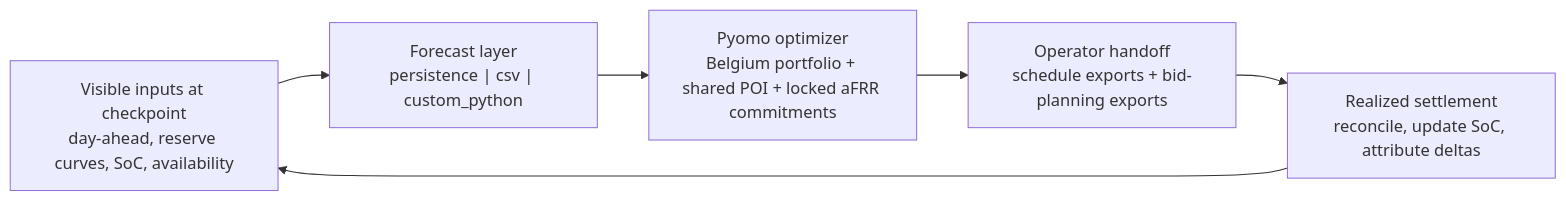
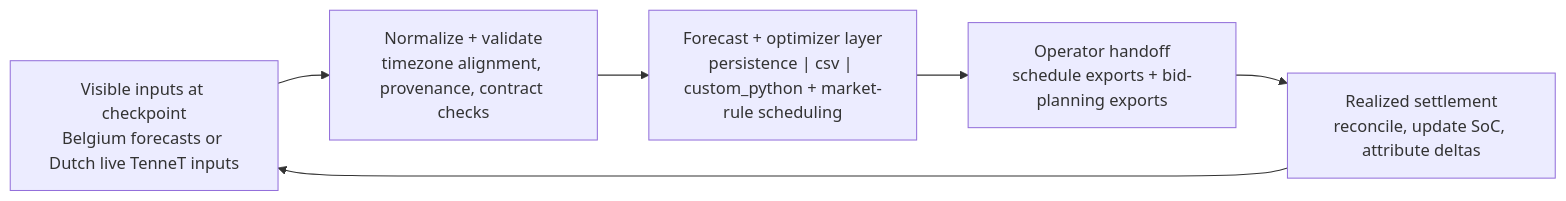
The diagram in README.md (bozliu/euroflex-bess-lab), drawn with Mermaid before and after one commit. The commit also changed other lines of this file and 1 other file, not shown here.

Commit message:
Clarify README and docs for v1.2.0 Dutch live support

````diff
--- a/README.md
+++ b/README.md
@@ -52,8 +64,8 @@
 ```mermaid
 flowchart LR
-    A["Visible inputs at checkpoint<br/>day-ahead, reserve curves, SoC, availability"] --> B["Forecast layer<br/>persistence | csv | custom_python"]
-    B --> C["Pyomo optimizer<br/>Belgium portfolio + shared POI + locked aFRR commitments"]
+    A["Visible inputs at checkpoint<br/>Belgium forecasts or Dutch live TenneT inputs"] --> B["Normalize + validate<br/>timezone alignment, provenance, contract checks"]
+    B --> C["Forecast + optimizer layer<br/>persistence | csv | custom_python + market-rule scheduling"]
     C --> D["Operator handoff<br/>schedule exports + bid-planning exports"]
     D --> E["Realized settlement<br/>reconcile, update SoC, attribute deltas"]
     E --> A
 ```
````
